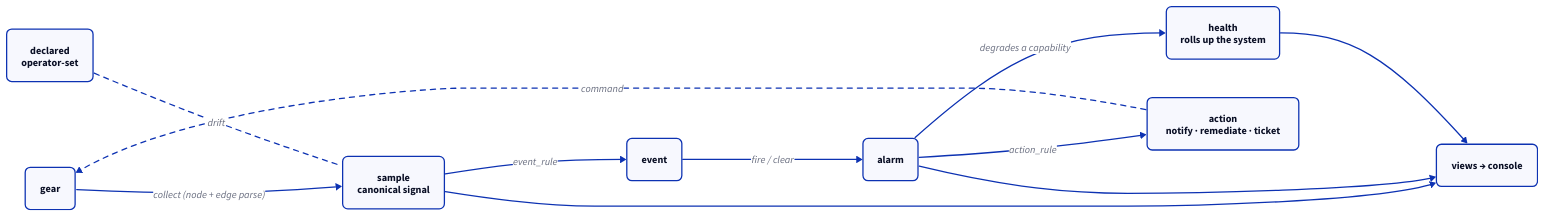
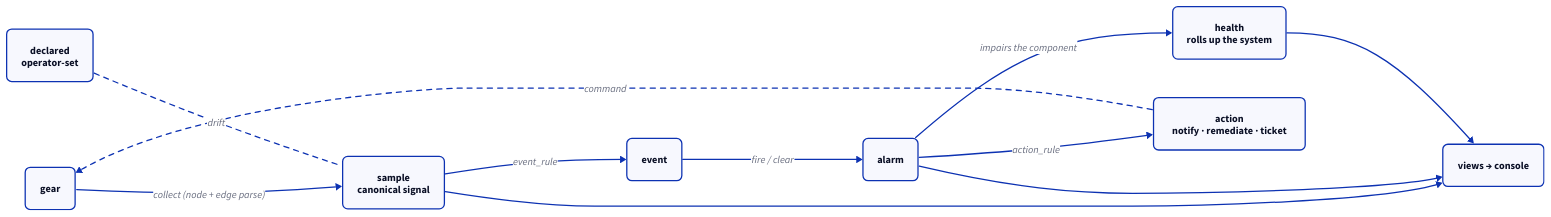
The second of 2 diagrams in docs/src/content/docs/architecture/index.md (hyperscaleav/omniglass), drawn with D2 before and after one commit. The commit also changed other lines of this file and 279 other files, not shown here.

````diff
--- a/docs/src/content/docs/architecture/index.md
+++ b/docs/src/content/docs/architecture/index.md
@@ -145,31 +146,31 @@
 ```d2
 direction: right
 
 # Shape colors are deliberately omitted: the inline SVG is themed from the site's
 # brand tokens in custom.css so it follows Starlight's light/dark toggle. Only
 # structure (rounding, dashes, the highlighted key node) lives here.
 classes: {
   node: { style.border-radius: 8 }
   key: { style: { border-radius: 8; bold: true } }
 }
 
 gear: gear { class: node }
 sample: "sample\ncanonical signal" { class: key }
 event: event { class: node }
 alarm: alarm { class: node }
 health: "health\nrolls up the system" { class: node }
 action: "action\nnotify · remediate · ticket" { class: node }
 declared: "declared\noperator-set" { class: node }
 views: "views → console" { class: node }
 
 gear -> sample: collect (node + edge parse)
 sample -> event: event_rule
 event -> alarm: fire / clear
-alarm -> health: degrades a capability
+alarm -> health: impairs the component
 alarm -> action: action_rule
 action -> gear: command { style.stroke-dash: 4 }
 declared -- sample: drift { style.stroke-dash: 4 }
 sample -> views
 alarm -> views
 health -> views
 ```
````
